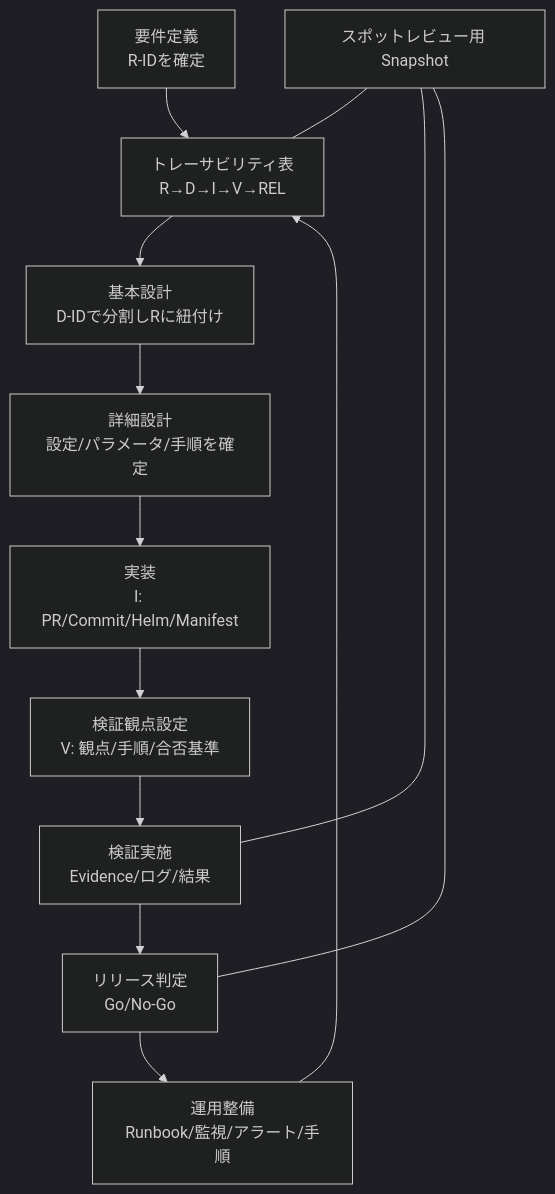
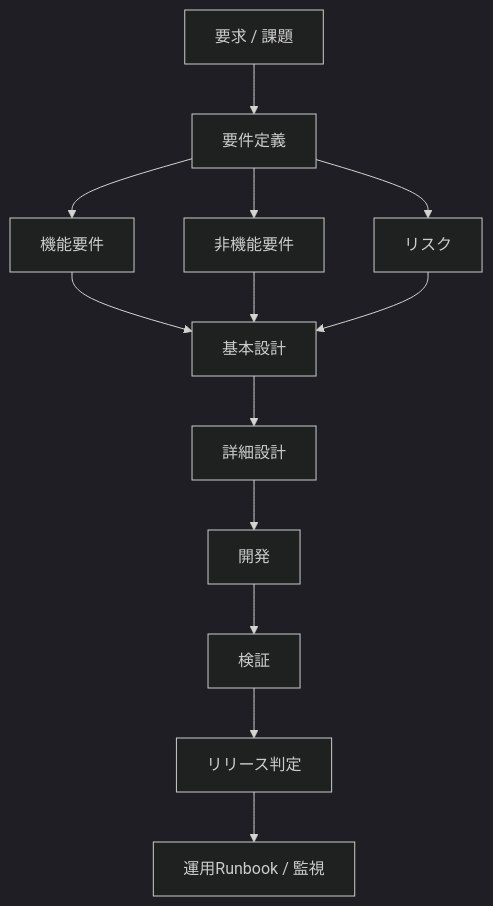
The first of 2 diagrams in SRE/templete_quality_assurance.md (hkmyhsh/Cheet-Note), drawn with Mermaid (dark theme) before and after one commit. The commit also changed other lines of this file, not shown here.

````diff
--- a/SRE/templete_quality_assurance.md
+++ b/SRE/templete_quality_assurance.md
@@ -8,16 +8,23 @@
 ```mermaid
-flowchart TB
-  A[要件定義<br/>R-IDを確定] --> B[トレーサビリティ表<br/>R→D→I→V→REL]
-  B --> C[基本設計<br/>D-IDで分割しRに紐付け]
-  C --> D[詳細設計<br/>設定/パラメータ/手順を確定]
-  D --> E[実装<br/>I: PR/Commit/Helm/Manifest]
-  E --> F[検証観点設定<br/>V: 観点/手順/合否基準]
-  F --> G[検証実施<br/>Evidence/ログ/結果]
-  G --> H[リリース判定<br/>Go/No-Go]
-  H --> I[運用整備<br/>Runbook/監視/アラート/手順]
-  I --> B
+flowchart TD
 
-  J[スポットレビュー用 Snapshot] --- B
-  J --- G
-  J --- H
+A[要求 / 課題] --> B[要件定義]
+
+B --> C1[機能要件]
+B --> C2[非機能要件]
+B --> C3[リスク]
+
+C1 --> D[基本設計]
+C2 --> D
+C3 --> D
+
+D --> E[詳細設計]
+
+E --> F[開発]
+
+F --> G[検証]
+
+G --> H[リリース判定]
+
+H --> I[運用Runbook / 監視]
 ```
````
